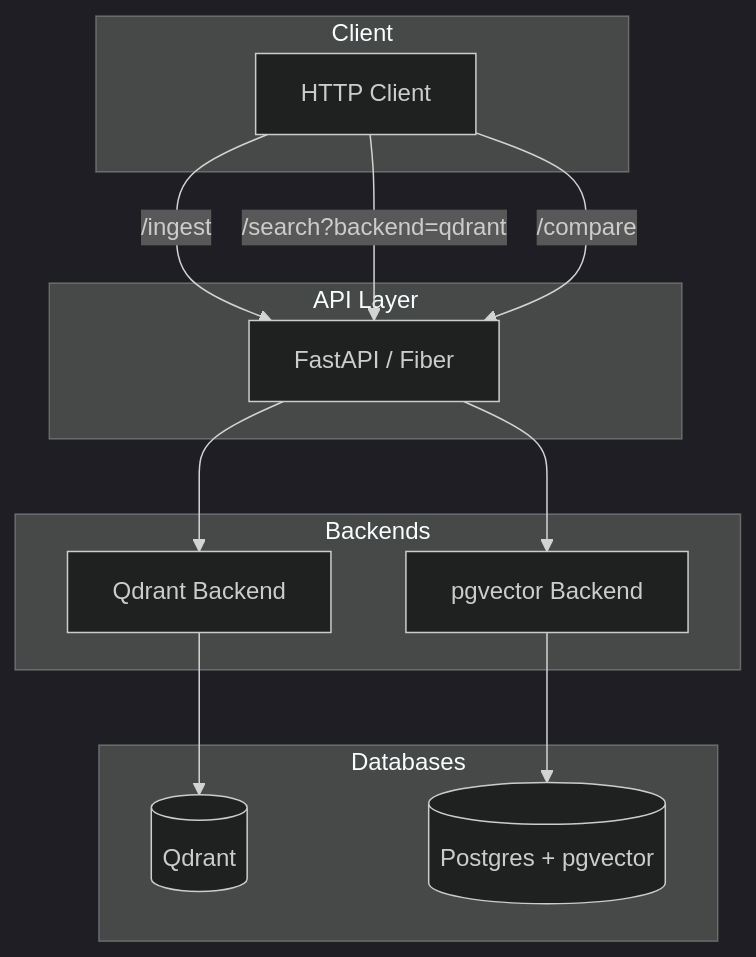
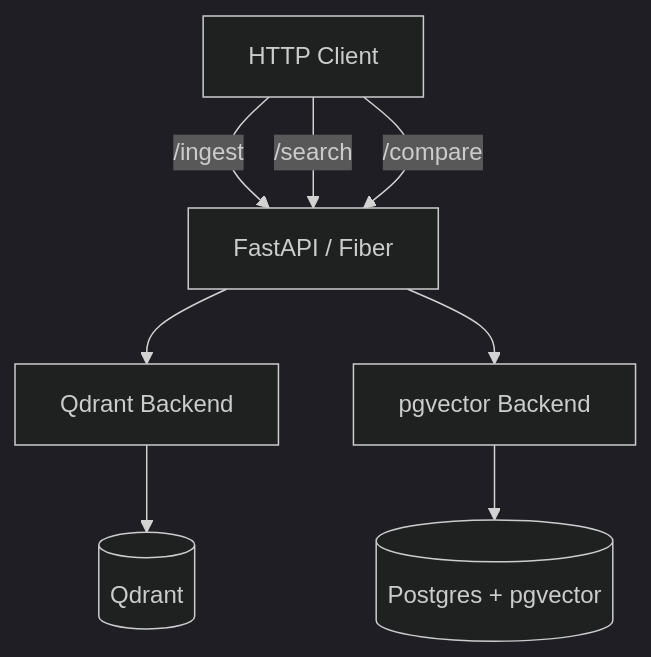
The diagram in SW-ML-AI Engineering/10 - Cloud, Infra y Backend/33 - Vector Databases and Semantic Search/11 - Capstone Project - Multi-DB Semantic Search Platform.md (Leito2/Learning), drawn with Mermaid (dark theme) before and after one commit. The commit also changed other lines of this file and 123 other files, not shown here.

````diff
--- a/SW-ML-AI Engineering/10 - Cloud, Infra y Backend/33 - Vector Databases and Semantic Search/11 - Capstone Project - Multi-DB Semantic Search Platform.md
+++ b/SW-ML-AI Engineering/10 - Cloud, Infra y Backend/33 - Vector Databases and Semantic Search/11 - Capstone Project - Multi-DB Semantic Search Platform.md
@@ -84,24 +64,8 @@
 ```mermaid
 flowchart TB
-    subgraph Client["Client"]
-        C[HTTP Client]
-    end
-    subgraph API["API Layer"]
-        F[FastAPI / Fiber]
-    end
-    subgraph Backends["Backends"]
-        Q[Qdrant Backend]
-        P[pgvector Backend]
-    end
-    subgraph DBs["Databases"]
-        QDB[(Qdrant)]
-        PDB[(Postgres + pgvector)]
-    end
-    C -->|/ingest| F
-    C -->|/search?backend=qdrant| F
+    C[HTTP Client] -->|/ingest| F[FastAPI / Fiber]
+    C -->|/search| F
     C -->|/compare| F
-    F --> Q
-    F --> P
-    Q --> QDB
-    P --> PDB
+    F --> Q[Qdrant Backend] --> QDB[(Qdrant)]
+    F --> P[pgvector Backend] --> PDB[(Postgres + pgvector)]
 ```
````
